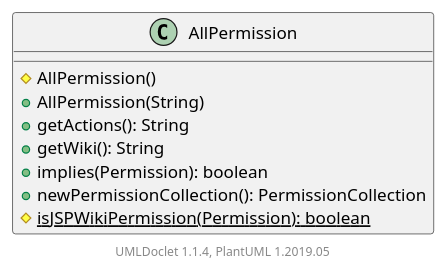
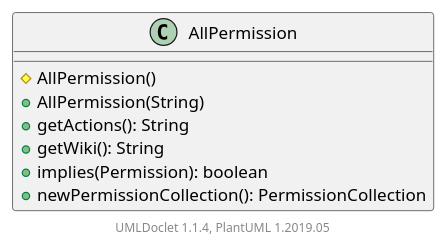
Before and after one commit to apache/jspwiki-site: the diagram in apidocs/2.11.0.M7-SNAPSHOT/org/apache/wiki/auth/permissions/AllPermission.puml, drawn with PlantUML. The commit also changed 1821 other files, not shown here.

```diff
--- a/apidocs/2.11.0.M7-SNAPSHOT/org/apache/wiki/auth/permissions/AllPermission.puml
+++ b/apidocs/2.11.0.M7-SNAPSHOT/org/apache/wiki/auth/permissions/AllPermission.puml
@@ -1,15 +1,14 @@
 @startuml
 
     class AllPermission [[AllPermission.html]] {
         #AllPermission()
         +AllPermission(String)
         +getActions(): String
         +getWiki(): String
         +implies(Permission): boolean
         +newPermissionCollection(): PermissionCollection
-        {static} #isJSPWikiPermission(Permission): boolean
     }
 
 
     center footer UMLDoclet 1.1.4, PlantUML 1.2019.05
 @enduml
```
